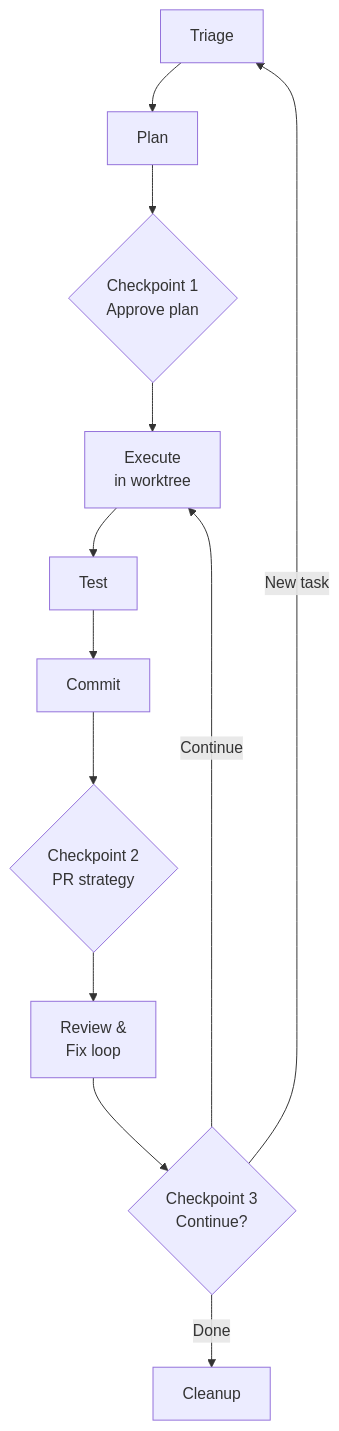
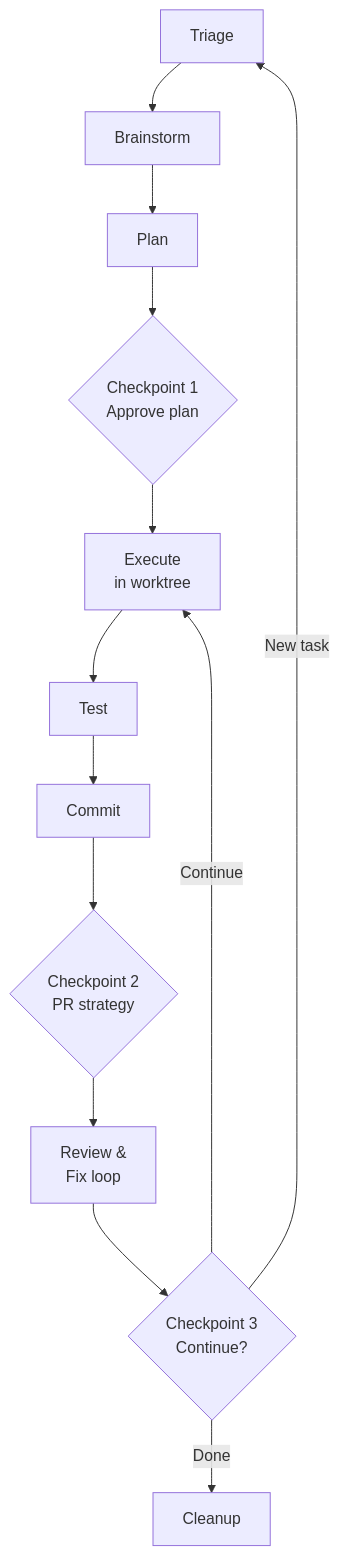
Before and after one commit to ANaka/work-cycle: the diagram in README.md, drawn with Mermaid. The commit also changed other lines of this file and 1 other file, not shown here.

Commit message:
Add brainstorm step inspired by superpowers philosophy
Insert Step 2 (Brainstorm) between Triage and Plan in the work cycle.
Depth scales with triage class: small tasks get a quick assumption check,
single-session tasks get full design exploration with 2-3 approaches and
trade-offs, multi-session adds architecture and phase decomposition.

Includes inline self-review checklist (assumptions, scope creep, ambiguity,
contradictions, missing constraints) and no-placeholders rule for plans.

````diff
--- a/README.md
+++ b/README.md
@@ -38,14 +38,15 @@
 ```mermaid
 graph TD
-    A[Triage] --> B[Plan]
-    B --> C{Checkpoint 1\nApprove plan}
-    C --> D[Execute\nin worktree]
-    D --> E[Test]
-    E --> F[Commit]
-    F --> G{Checkpoint 2\nPR strategy}
-    G --> H[Review &\nFix loop]
-    H --> I{Checkpoint 3\nContinue?}
-    I -->|New task| A
-    I -->|Continue| D
-    I -->|Done| J[Cleanup]
+    A[Triage] --> B[Brainstorm]
+    B --> C[Plan]
+    C --> D{Checkpoint 1\nApprove plan}
+    D --> E[Execute\nin worktree]
+    E --> F[Test]
+    F --> G[Commit]
+    G --> H{Checkpoint 2\nPR strategy}
+    H --> I[Review &\nFix loop]
+    I --> J{Checkpoint 3\nContinue?}
+    J -->|New task| A
+    J -->|Continue| E
+    J -->|Done| K[Cleanup]
 ```
````
